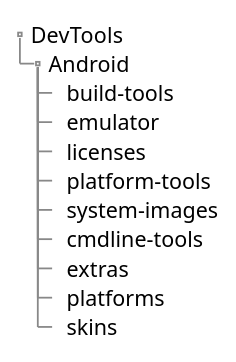
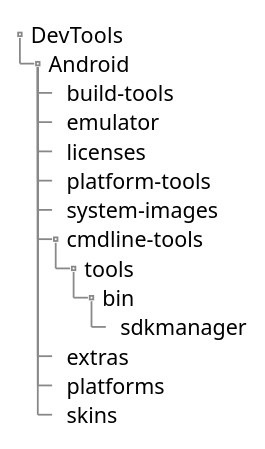
Before and after one commit to dispositivos-moveis-ivaneyvieira/tutorialSetupReact: the diagram in devtools.puml, drawn with PlantUML. The commit also changed 3 other files, not shown here.

```diff
--- a/devtools.puml
+++ b/devtools.puml
@@ -1,17 +1,20 @@
 @startsalt devtools
 {
 {T
  + DevTools
  ++ Android
  +++ build-tools    
  +++ emulator  
  +++ licenses   
  +++ platform-tools  
  +++ system-images
- +++ cmdline-tools  
+ +++ cmdline-tools
+ ++++ tools
+ +++++ bin
+ ++++++ sdkmanager
  +++ extras    
  +++ platforms  
  +++ skins
 }
 }
 @endsalt
```
